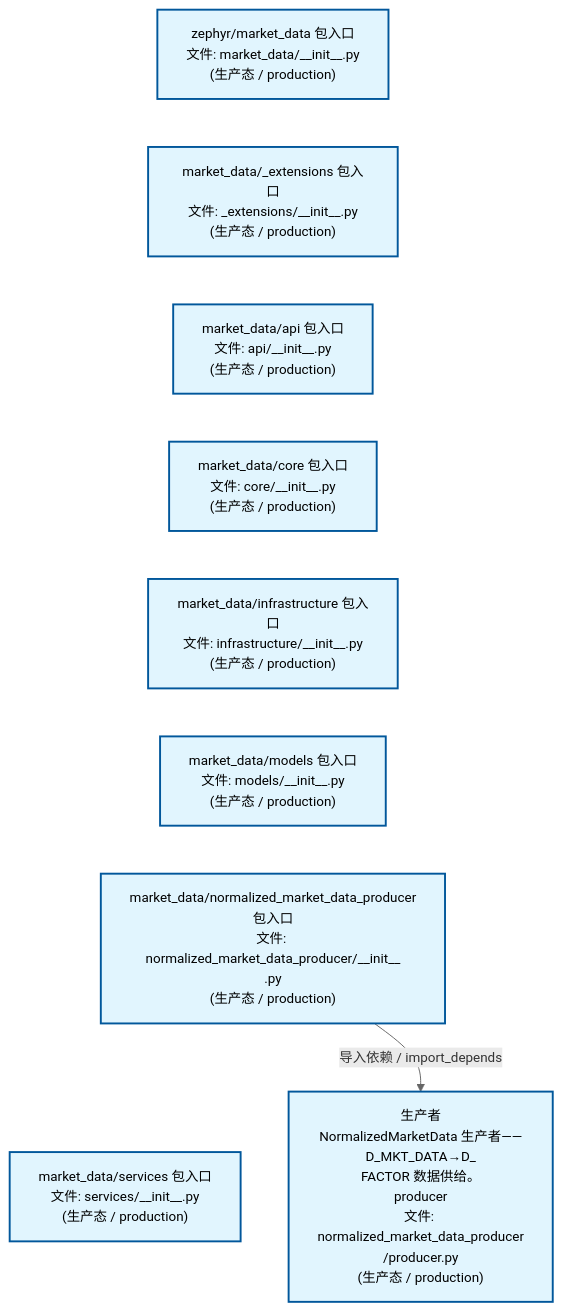
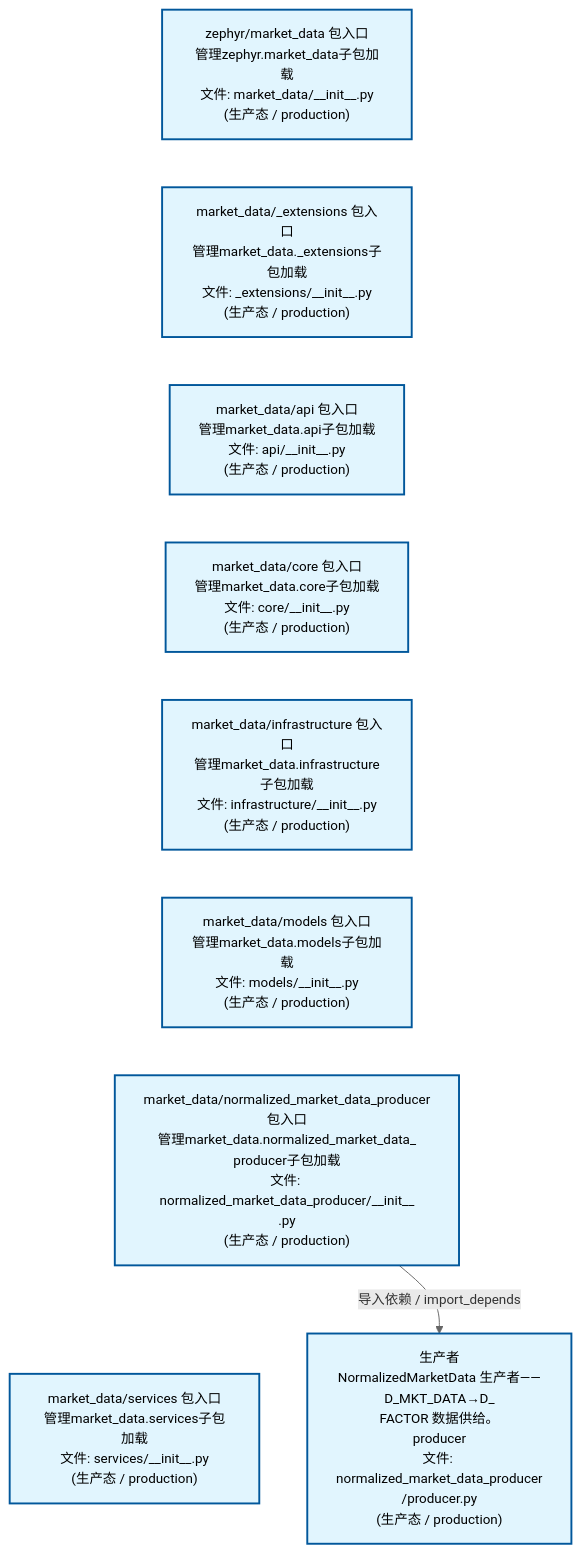
Before and after one commit to xuanFelixVan/ZephyrAlpha: the second of 4 diagrams in docs/02_enterprise_architecture/02_domain_architecture_docs/23_d_mkt_data.md, drawn with Mermaid. The commit also changed other lines of this file and 61 other files, not shown here.

````diff
--- a/docs/02_enterprise_architecture/02_domain_architecture_docs/23_d_mkt_data.md
+++ b/docs/02_enterprise_architecture/02_domain_architecture_docs/23_d_mkt_data.md
@@ -112,26 +112,26 @@
 ```mermaid
 %%{init: {'theme': 'base', 'themeVariables': {'primaryColor': '#eaeaea', 'primaryTextColor': '#333333', 'primaryBorderColor': '#666666', 'lineColor': '#666666', 'secondaryColor': '#eaeaea', 'tertiaryColor': '#eaeaea', 'fontSize': '14px'}}}%%
 flowchart TD
-    src_zephyr_market_data_init_py["zephyr/market_data 包入口<br/>文件: market_data/__init__.py<br/>(生产态 / production)"]
-    src_zephyr_market_data_extensions_init_py["market_data/_extensions 包入口<br/>文件: _extensions/__init__.py<br/>(生产态 / production)"]
-    src_zephyr_market_data_api_init_py["market_data/api 包入口<br/>文件: api/__init__.py<br/>(生产态 / production)"]
-    src_zephyr_market_data_core_init_py["market_data/core 包入口<br/>文件: core/__init__.py<br/>(生产态 / production)"]
-    src_zephyr_market_data_infrastructure_init_py["market_data/infrastructure 包入口<br/>文件: infrastructure/__init__.py<br/>(生产态 / production)"]
-    src_zephyr_market_data_models_init_py["market_data/models 包入口<br/>文件: models/__init__.py<br/>(生产态 / production)"]
-    src_zephyr_market_data_normalized_market_data_producer_init_py["market_data/normalized_market_data_producer<br/>包入口<br/>文件: normalized_market_data_producer/__init__<br/>.py<br/>(生产态 / production)"]
-    src_zephyr_market_data_services_init_py["market_data/services 包入口<br/>文件: services/__init__.py<br/>(生产态 / production)"]
+    src_zephyr_market_data_init_py["zephyr/market_data 包入口<br/>管理zephyr.market_data子包加载<br/>文件: market_data/__init__.py<br/>(生产态 / production)"]
+    src_zephyr_market_data_extensions_init_py["market_data/_extensions 包入口<br/>管理market_data._extensions子包加载<br/>文件: _extensions/__init__.py<br/>(生产态 / production)"]
+    src_zephyr_market_data_api_init_py["market_data/api 包入口<br/>管理market_data.api子包加载<br/>文件: api/__init__.py<br/>(生产态 / production)"]
+    src_zephyr_market_data_core_init_py["market_data/core 包入口<br/>管理market_data.core子包加载<br/>文件: core/__init__.py<br/>(生产态 / production)"]
+    src_zephyr_market_data_infrastructure_init_py["market_data/infrastructure 包入口<br/>管理market_data.infrastructure子包加载<br/>文件: infrastructure/__init__.py<br/>(生产态 / production)"]
+    src_zephyr_market_data_models_init_py["market_data/models 包入口<br/>管理market_data.models子包加载<br/>文件: models/__init__.py<br/>(生产态 / production)"]
+    src_zephyr_market_data_normalized_market_data_producer_init_py["market_data/normalized_market_data_producer<br/>包入口<br/>管理market_data.normalized_market_data_<br/>producer子包加载<br/>文件: normalized_market_data_producer/__init__<br/>.py<br/>(生产态 / production)"]
+    src_zephyr_market_data_services_init_py["market_data/services 包入口<br/>管理market_data.services子包加载<br/>文件: services/__init__.py<br/>(生产态 / production)"]
     src_zephyr_market_data_init_py ~~~ src_zephyr_market_data_extensions_init_py
     src_zephyr_market_data_extensions_init_py ~~~ src_zephyr_market_data_api_init_py
     src_zephyr_market_data_api_init_py ~~~ src_zephyr_market_data_core_init_py
     src_zephyr_market_data_core_init_py ~~~ src_zephyr_market_data_infrastructure_init_py
     src_zephyr_market_data_infrastructure_init_py ~~~ src_zephyr_market_data_models_init_py
     src_zephyr_market_data_models_init_py ~~~ src_zephyr_market_data_normalized_market_data_producer_init_py
     src_zephyr_market_data_normalized_market_data_producer_init_py ~~~ src_zephyr_market_data_services_init_py
     src_zephyr_market_data_normalized_market_data_producer_producer_py["生产者<br/>NormalizedMarketData 生产者——D_MKT_DATA→D_<br/>FACTOR 数据供给。<br/>producer<br/>文件: normalized_market_data_producer<br/>/producer.py<br/>(生产态 / production)"]
     src_zephyr_market_data_normalized_market_data_producer_init_py -->|导入依赖 / import_depends| src_zephyr_market_data_normalized_market_data_producer_producer_py
     classDef production fill:#e1f5fe,stroke:#01579b,stroke-width:2px,color:#000
     classDef design fill:#fff3e0,stroke:#e65100,stroke-width:2px,color:#000,stroke-dasharray: 5 5
     classDef external_prod fill:#e8f4fd,stroke:#0277bd,stroke-width:1px,color:#000
     classDef external_design fill:#fff8e7,stroke:#ef6c00,stroke-width:1px,color:#000,stroke-dasharray: 5 5
     class src_zephyr_market_data_init_py,src_zephyr_market_data_extensions_init_py,src_zephyr_market_data_api_init_py,src_zephyr_market_data_core_init_py,src_zephyr_market_data_infrastructure_init_py,src_zephyr_market_data_models_init_py,src_zephyr_market_data_normalized_market_data_producer_init_py,src_zephyr_market_data_normalized_market_data_producer_producer_py,src_zephyr_market_data_services_init_py production
 ```
````
